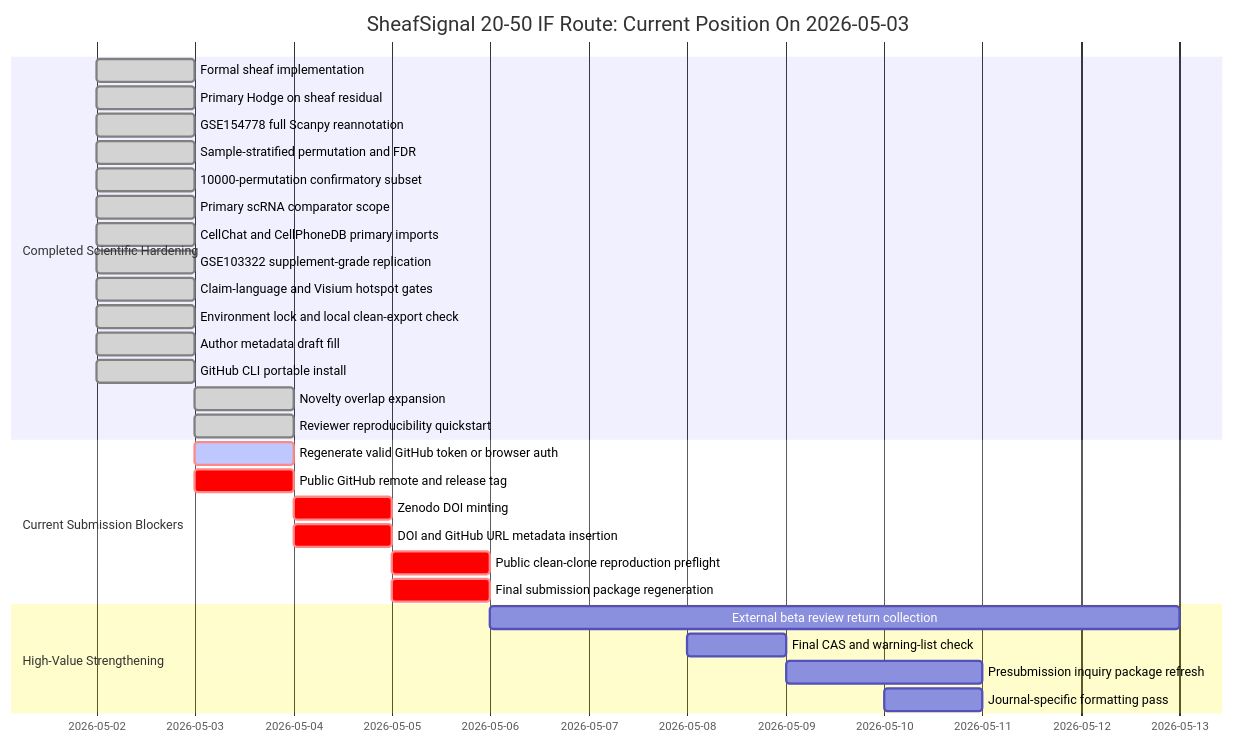
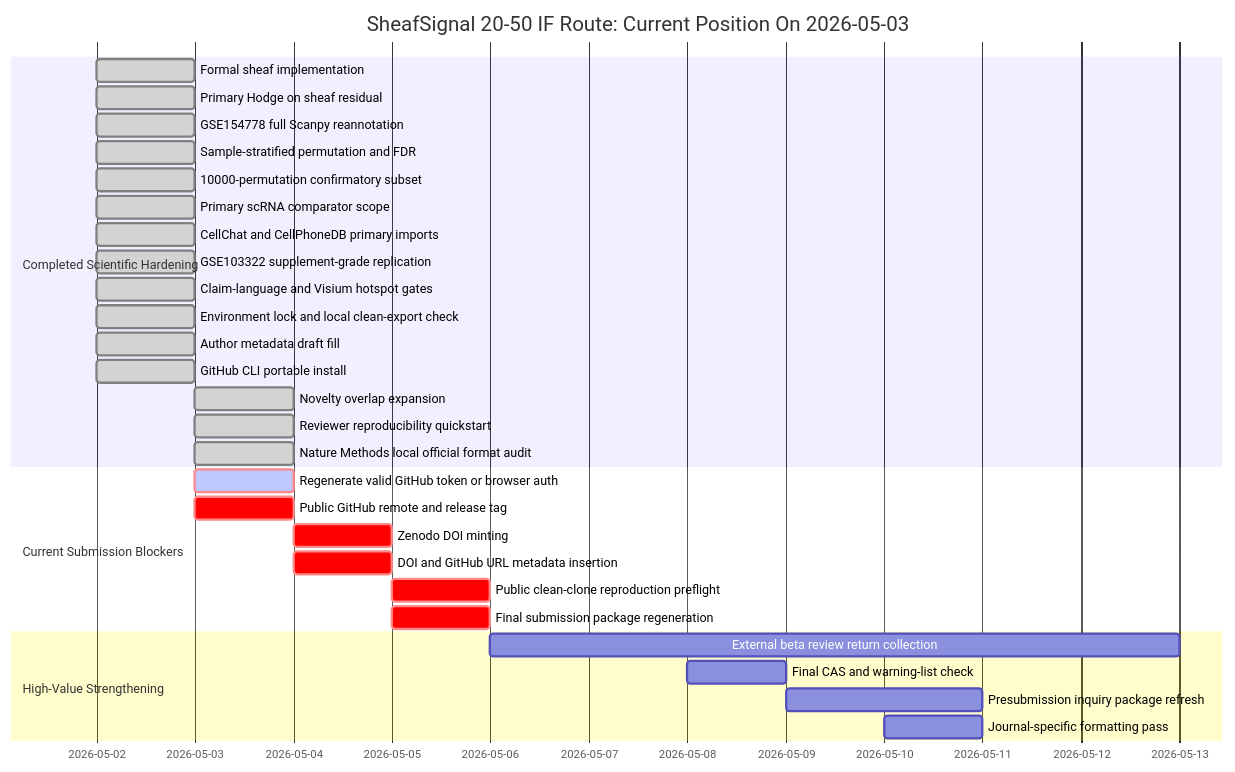
Before and after one commit to healthgreat/SheafSignal: the diagram in manuscript/SHEAFSIGNAL_STATUS_DASHBOARD_2026-05-03.md, drawn with Mermaid. The commit also changed other lines of this file and 9 other files, not shown here.

Commit message:
Refresh Nature Methods format audit

````diff
--- a/manuscript/SHEAFSIGNAL_STATUS_DASHBOARD_2026-05-03.md
+++ b/manuscript/SHEAFSIGNAL_STATUS_DASHBOARD_2026-05-03.md
@@ -88,35 +91,36 @@
 ```mermaid
 gantt
     title SheafSignal 20-50 IF Route: Current Position On 2026-05-03
     dateFormat  YYYY-MM-DD
 
     section Completed Scientific Hardening
     Formal sheaf implementation                    :done, 2026-05-02, 1d
     Primary Hodge on sheaf residual                :done, 2026-05-02, 1d
     GSE154778 full Scanpy reannotation             :done, 2026-05-02, 1d
     Sample-stratified permutation and FDR          :done, 2026-05-02, 1d
     10000-permutation confirmatory subset          :done, 2026-05-02, 1d
     Primary scRNA comparator scope                 :done, 2026-05-02, 1d
     CellChat and CellPhoneDB primary imports       :done, 2026-05-02, 1d
     GSE103322 supplement-grade replication         :done, 2026-05-02, 1d
     Claim-language and Visium hotspot gates        :done, 2026-05-02, 1d
     Environment lock and local clean-export check  :done, 2026-05-02, 1d
     Author metadata draft fill                     :done, 2026-05-02, 1d
     GitHub CLI portable install                    :done, 2026-05-02, 1d
     Novelty overlap expansion                      :done, 2026-05-03, 1d
     Reviewer reproducibility quickstart            :done, 2026-05-03, 1d
+    Nature Methods local official format audit     :done, 2026-05-03, 1d
 
     section Current Submission Blockers
     Regenerate valid GitHub token or browser auth  :crit, active, 2026-05-03, 1d
     Public GitHub remote and release tag           :crit, 2026-05-03, 1d
     Zenodo DOI minting                             :crit, 2026-05-04, 1d
     DOI and GitHub URL metadata insertion          :crit, 2026-05-04, 1d
     Public clean-clone reproduction preflight      :crit, 2026-05-05, 1d
     Final submission package regeneration          :crit, 2026-05-05, 1d
 
     section High-Value Strengthening
     External beta review return collection         :2026-05-06, 7d
     Final CAS and warning-list check               :2026-05-08, 1d
     Presubmission inquiry package refresh          :2026-05-09, 2d
     Journal-specific formatting pass               :2026-05-10, 1d
 ```
````
